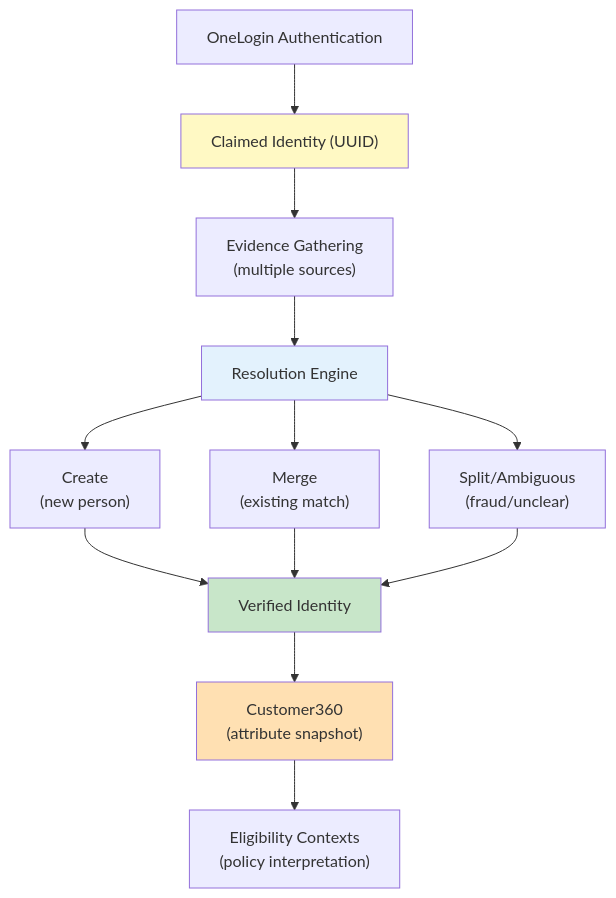
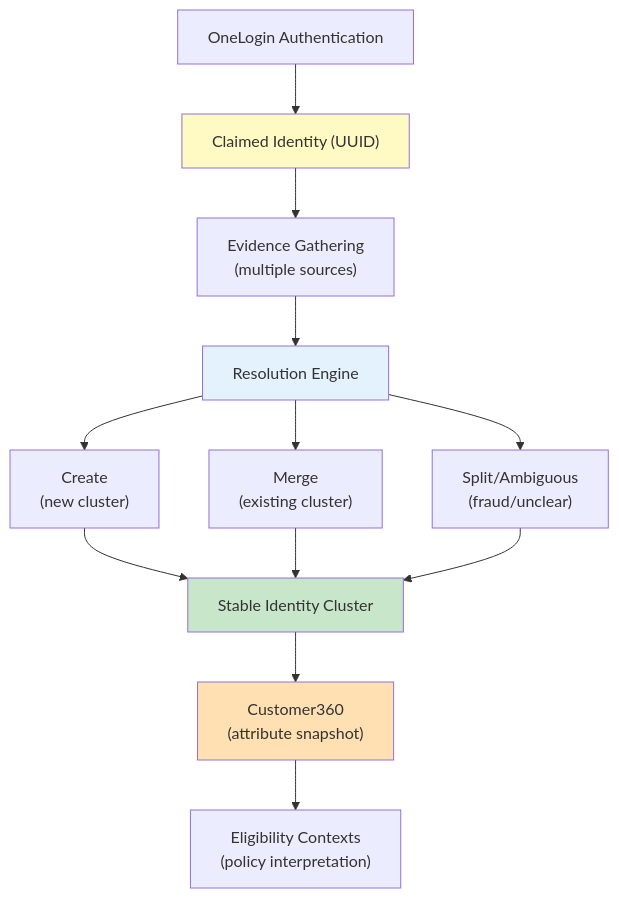
Before and after one commit to mrchughes/architecting-modern-government-services: the fourth of 7 diagrams in docs/Paper_2_Evidence_Based_Identity.md, drawn with Mermaid. The commit also changed other lines of this file and 1 other file, not shown here.

First line of the commit message:
Reframe identity as emergent from corroborated attributes

````diff
--- a/docs/Paper_2_Evidence_Based_Identity.md
+++ b/docs/Paper_2_Evidence_Based_Identity.md
@@ -732,22 +720,22 @@
 ```mermaid
 flowchart TB
     Auth["OneLogin Authentication"] --> Claimed["Claimed Identity (UUID)"]
     Claimed --> Evidence["Evidence Gathering\n(multiple sources)"]
     Evidence --> Resolution["Resolution Engine"]
     
-    Resolution --> Create["Create\n(new person)"]
-    Resolution --> Merge["Merge\n(existing match)"]
+    Resolution --> Create["Create\n(new cluster)"]
+    Resolution --> Merge["Merge\n(existing cluster)"]
     Resolution --> Split["Split/Ambiguous\n(fraud/unclear)"]
     
-    Create --> Verified["Verified Identity"]
-    Merge --> Verified
-    Split --> Verified
+    Create --> Stable["Stable Identity Cluster"]
+    Merge --> Stable
+    Split --> Stable
     
-    Verified --> C360["Customer360\n(attribute snapshot)"]
+    Stable --> C360["Customer360\n(attribute snapshot)"]
     C360 --> Eligibility["Eligibility Contexts\n(policy interpretation)"]
     
     style Claimed fill:#fff9c4
     style Resolution fill:#e3f2fd
-    style Verified fill:#c8e6c9
+    style Stable fill:#c8e6c9
     style C360 fill:#ffe0b2
 ```
````
